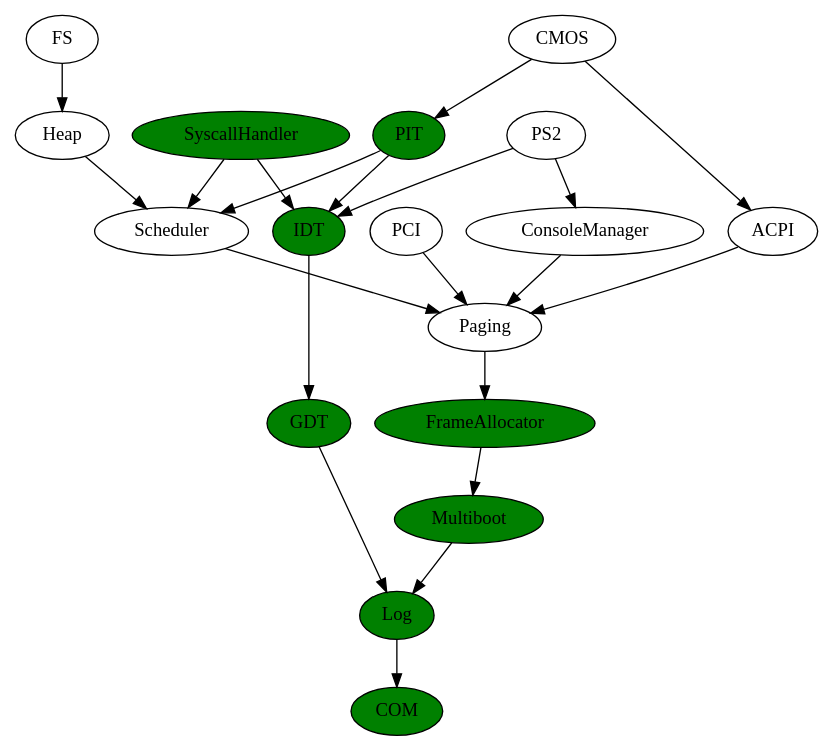
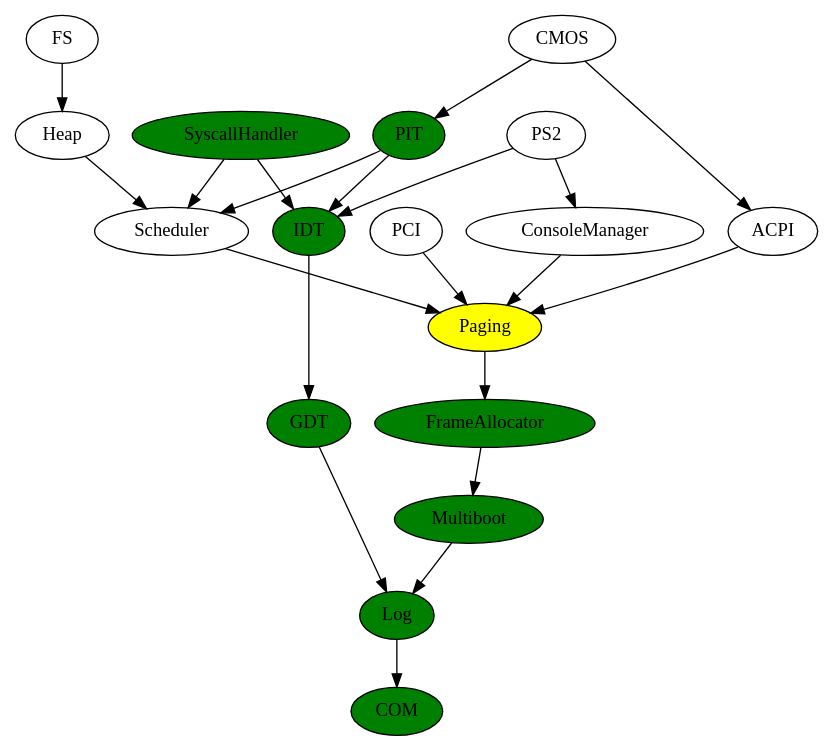
Before and after one commit to PowerNex/PowerNex: the diagram in CallHierarchy.dot, drawn with Graphviz. The commit also changed 2 other files, not shown here.

```diff
--- a/CallHierarchy.dot
+++ b/CallHierarchy.dot
@@ -1,64 +1,64 @@
 digraph derp {
 	COM[style=filled,fillcolor=green];
 	ACPI;
 	CMOS;
 	Log[style=filled,fillcolor=green];
 	GDT[style=filled,fillcolor=green];
 	IDT[style=filled,fillcolor=green];
 	SyscallHandler[style=filled,fillcolor=green];
 	PIT[style=filled,fillcolor=green];
 	PS2;
 	Multiboot[style=filled,fillcolor=green];
 	FrameAllocator[style=filled,fillcolor=green];
-	Paging;
+	Paging[style=filled,fillcolor=yellow];
 	Heap;
 	PCI;
 	FS;
 	ConsoleManager;
 	Scheduler;
 
 	//(*) -> COM;
 
 	CMOS -> ACPI;
 
 	Log -> COM;
 
 	IDT -> GDT;
 	SyscallHandler -> IDT;
 	PIT -> IDT;
 	PS2 -> IDT;
 	FrameAllocator -> Multiboot;
 	Paging -> FrameAllocator;
 	//Heap -> Paging;
 	PS2 -> ConsoleManager;
 	SyscallHandler -> Scheduler;
 	Heap -> Scheduler;
 	PIT -> Scheduler;
 	FS -> Heap;
 
 	ACPI -> Paging;
 	PCI -> Paging;
 	ConsoleManager -> Paging;
 	Scheduler -> Paging;
 
 	CMOS -> PIT;
 
 
 	//ACPI -> Log;
 	//CMOS -> Log;
 	GDT -> Log;
 	//IDT -> Log;
 	//SyscallHandler -> Log;
 	//PIT -> Log;
 	//PS2 -> Log;
 	Multiboot -> Log;
 	//FrameAllocator -> Log;
 	//Paging -> Log;
 	//Heap -> Log;
 	//PCI -> Log;
 	//FS -> Log;
 	//ConsoleManager -> Log;
 	//Scheduler -> Log;
 
 
 }
```
